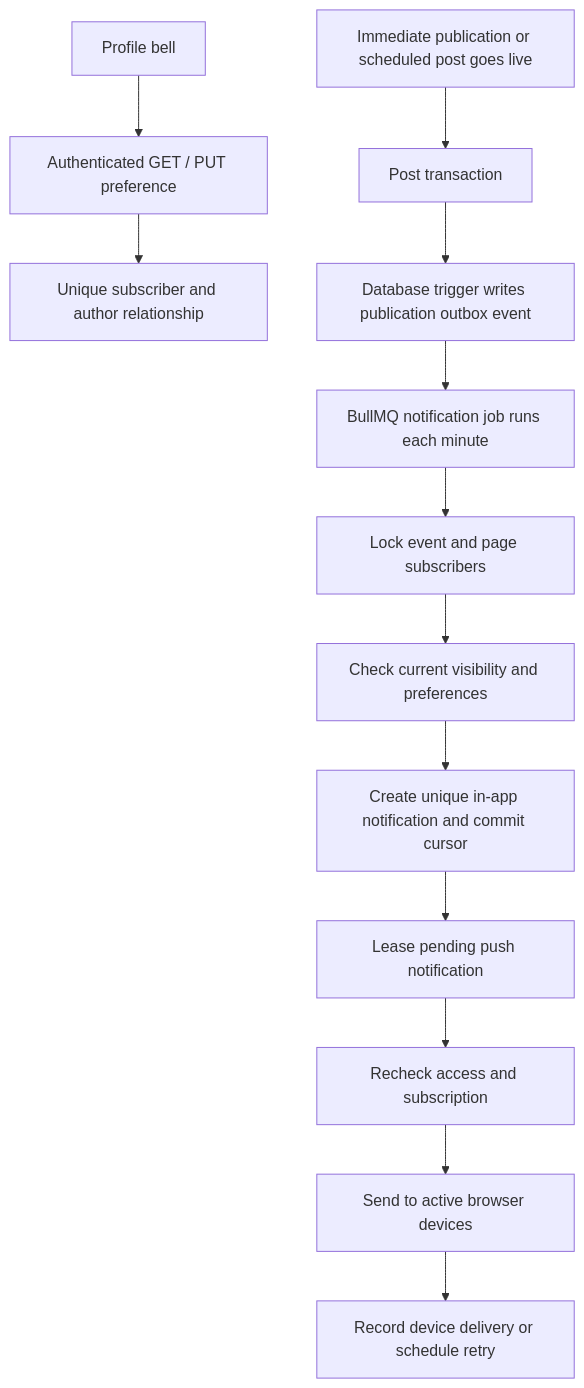
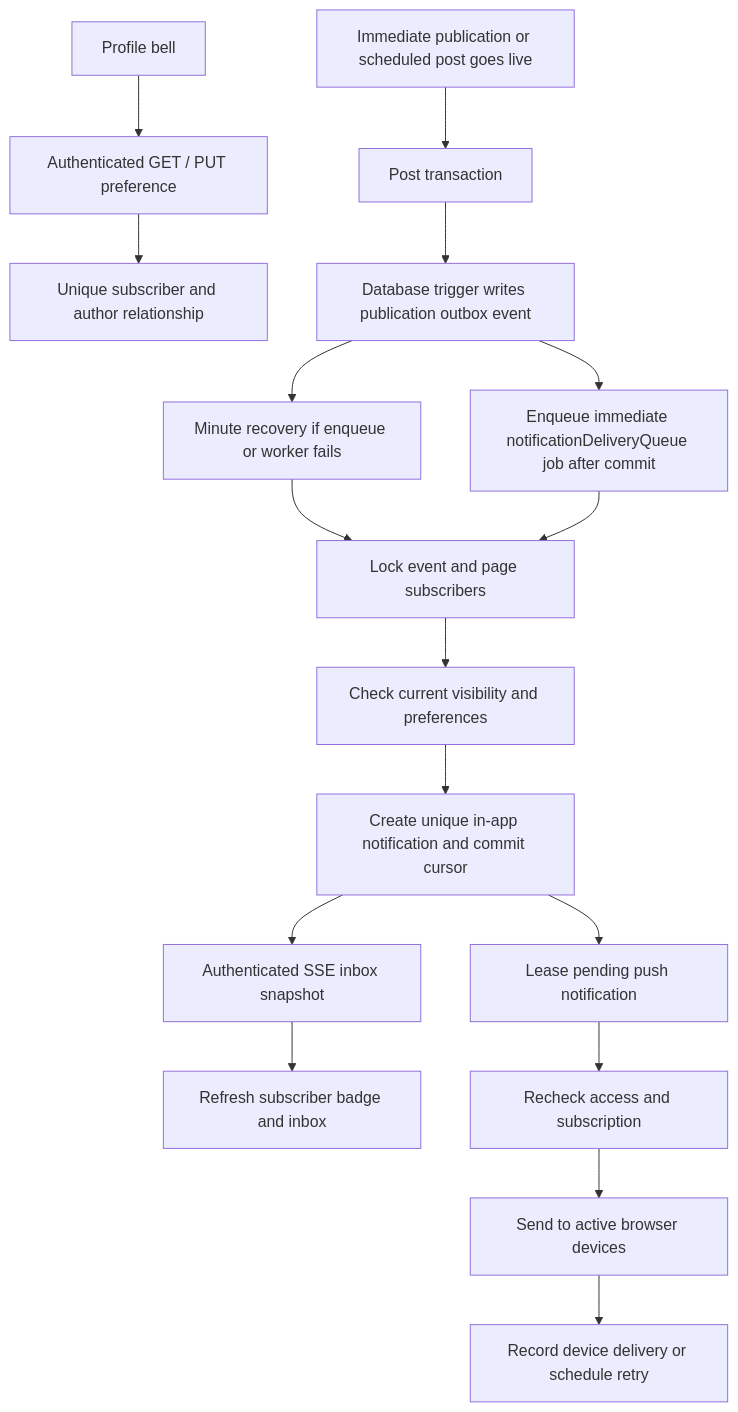
One commit to kwonnet/kwonserver changed the diagram in docs/post-notifications.md. Above: the diagram before and after it, drawn with Mermaid. The commit also changed other lines of this file and 12 other files, not shown here.

Commit message:
fix email queue delivery job

````diff
--- a/docs/post-notifications.md
+++ b/docs/post-notifications.md
@@ -10,15 +10,19 @@
 ```mermaid
 flowchart TD
   A[Profile bell] --> B[Authenticated GET / PUT preference]
   B --> C[Unique subscriber and author relationship]
   D[Immediate publication or scheduled post goes live] --> E[Post transaction]
   E --> F[Database trigger writes publication outbox event]
-  F --> G[BullMQ notification job runs each minute]
+  F --> G[Enqueue immediate notificationDeliveryQueue job after commit]
+  F --> R[Minute recovery if enqueue or worker fails]
+  R --> H
   G --> H[Lock event and page subscribers]
   H --> I[Check current visibility and preferences]
   I --> J[Create unique in-app notification and commit cursor]
+  J --> S[Authenticated SSE inbox snapshot]
+  S --> T[Refresh subscriber badge and inbox]
   J --> K[Lease pending push notification]
   K --> L[Recheck access and subscription]
   L --> M[Send to active browser devices]
   M --> N[Record device delivery or schedule retry]
 ```
````
